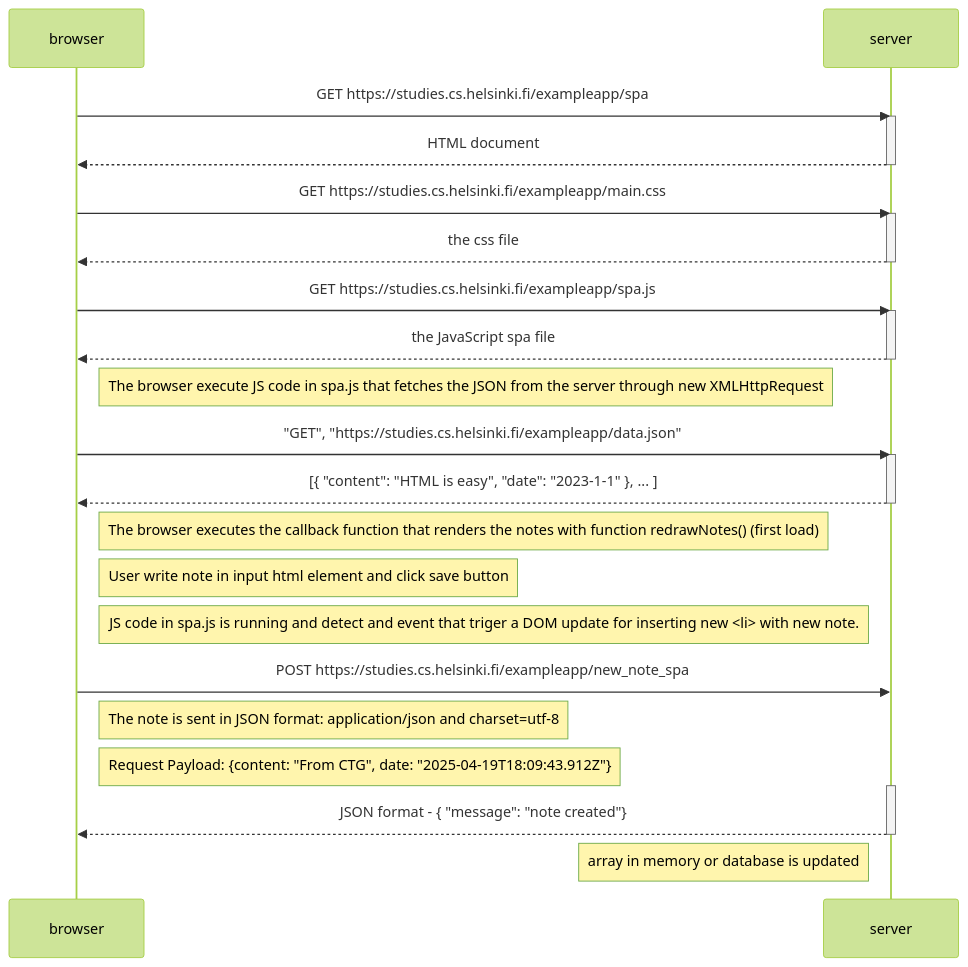
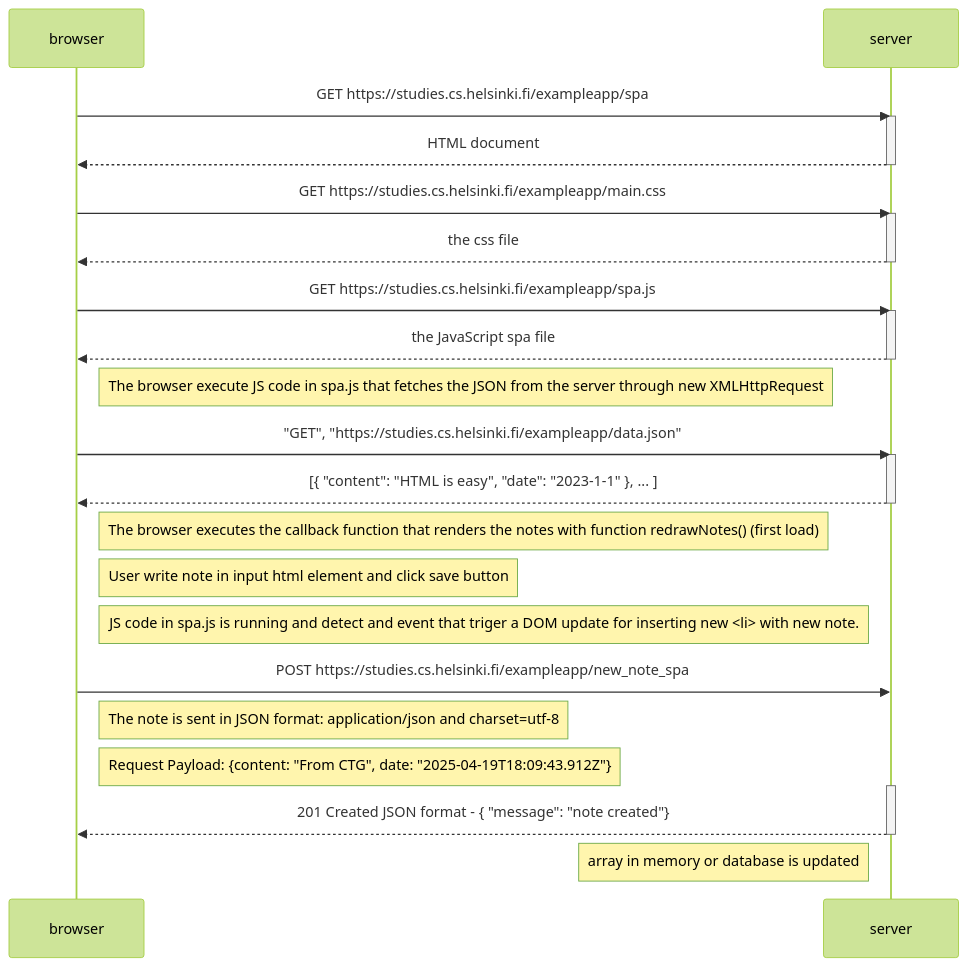
Before and after one commit to gusanchefullstack/fs-part-0: the diagram in 0.6-NewNoteSPA/README.md, drawn with Mermaid (forest theme).

Commit message:
Actualiza el diagrama de secuencia en README.md para incluir el estado de respuesta "201 Created" en la interacción entre el servidor y el navegador al crear una nota.

````diff
--- a/0.6-NewNoteSPA/README.md
+++ b/0.6-NewNoteSPA/README.md
@@ -1,51 +1,51 @@
 ```mermaid
 sequenceDiagram
     participant browser
     participant server
 
     browser->>server: GET https://studies.cs.helsinki.fi/exampleapp/spa
 
     activate server
     server-->>browser: HTML document
     deactivate server
 
     browser->>server: GET https://studies.cs.helsinki.fi/exampleapp/main.css
 
     activate server
     server-->>browser: the css file
     deactivate server
 
     browser->>server: GET https://studies.cs.helsinki.fi/exampleapp/spa.js
 
     activate server
     server-->>browser: the JavaScript spa file
     deactivate server
 
     Note right of browser: The browser execute JS code in spa.js that fetches the JSON from the server through new XMLHttpRequest 
 
     browser->>server: "GET", "https://studies.cs.helsinki.fi/exampleapp/data.json"
     
     activate server
     server-->>browser: [{ "content": "HTML is easy", "date": "2023-1-1" }, ... ]
     deactivate server
 
     Note right of browser: The browser executes the callback function that renders the notes with function redrawNotes() (first load)
 
     Note right of browser: User write note in input html element and click save button
 
     
     Note right of browser: JS code in spa.js is running and detect and event that triger a DOM update for inserting new <li> with new note. 
 
     browser->>server: POST https://studies.cs.helsinki.fi/exampleapp/new_note_spa
 
     Note right of browser: The note is sent in JSON format: application/json and charset=utf-8
 
     Note right of browser: Request Payload: {content: "From CTG", date: "2025-04-19T18:09:43.912Z"}
 
     activate server
-    server-->>browser: JSON format - { "message": "note created"}
+    server-->>browser: 201 Created JSON format - { "message": "note created"}
     deactivate server
 
     Note left of server: array in memory or database is updated
 
 ```
````
